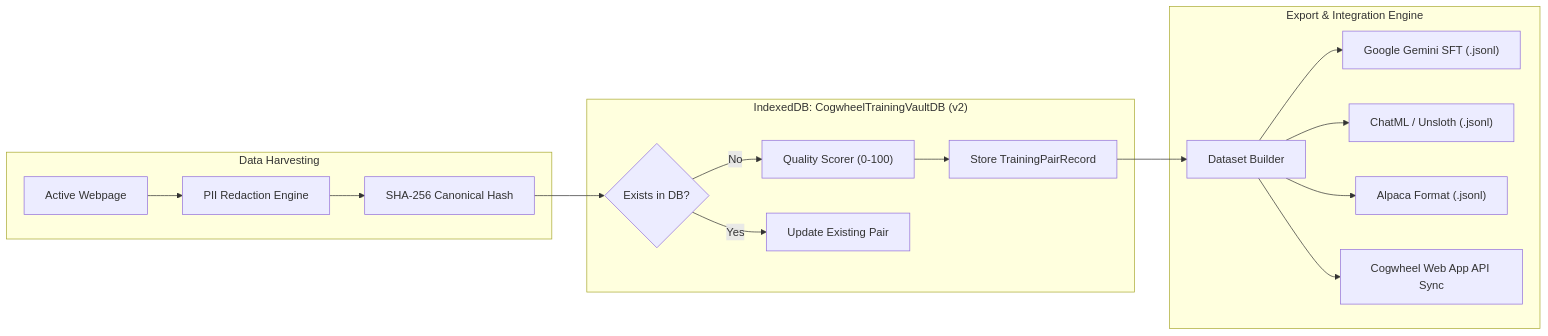
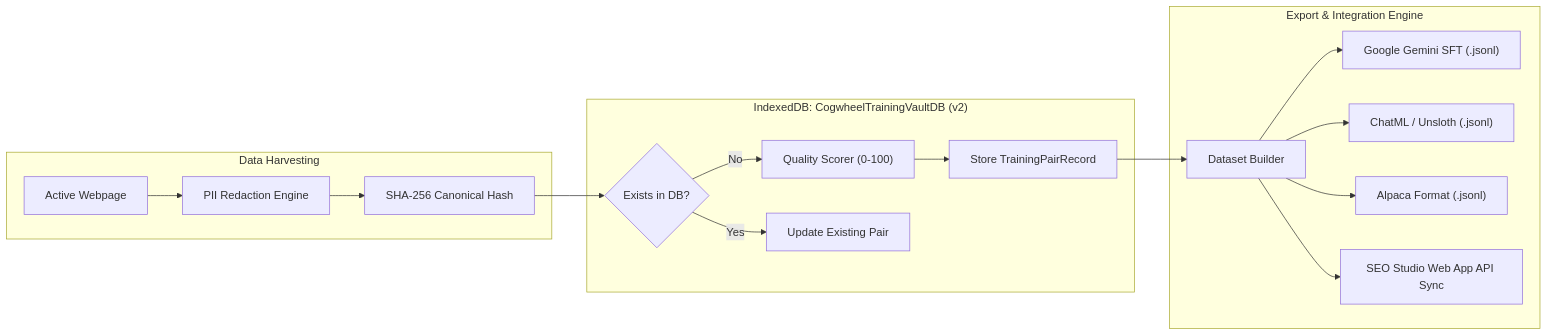
One commit to nurunnobejisan/Cogwheel-SEO-Templates changed the third of 5 diagrams in docs/ARCHITECTURE.md. Above: the diagram before and after it, drawn with Mermaid. The commit also changed other lines of this file and 273 other files, not shown here.

````diff
--- a/docs/ARCHITECTURE.md
+++ b/docs/ARCHITECTURE.md
@@ -219,22 +219,22 @@
 ```mermaid
 flowchart LR
     subgraph Capture ["Data Harvesting"]
         DOMScan["Active Webpage"] --> PiiSanitizer["PII Redaction Engine"]
         PiiSanitizer --> HashCalc["SHA-256 Canonical Hash"]
     end
 
     subgraph VaultDB ["IndexedDB: CogwheelTrainingVaultDB (v2)"]
         HashCalc --> Deduplication{"Exists in DB?"}
         Deduplication -->|"No"| QualityScorer["Quality Scorer (0-100)"]
         Deduplication -->|"Yes"| UpdateRecord["Update Existing Pair"]
         QualityScorer --> StoreRecord["Store TrainingPairRecord"]
     end
 
     subgraph ExportSync ["Export & Integration Engine"]
         StoreRecord --> Formatter["Dataset Builder"]
         Formatter --> GeminiSFT["Google Gemini SFT (.jsonl)"]
         Formatter --> ChatMLSFT["ChatML / Unsloth (.jsonl)"]
         Formatter --> AlpacaSFT["Alpaca Format (.jsonl)"]
-        Formatter --> DirectSync["Cogwheel Web App API Sync"]
+        Formatter --> DirectSync["SEO Studio Web App API Sync"]
     end
 ```
````
